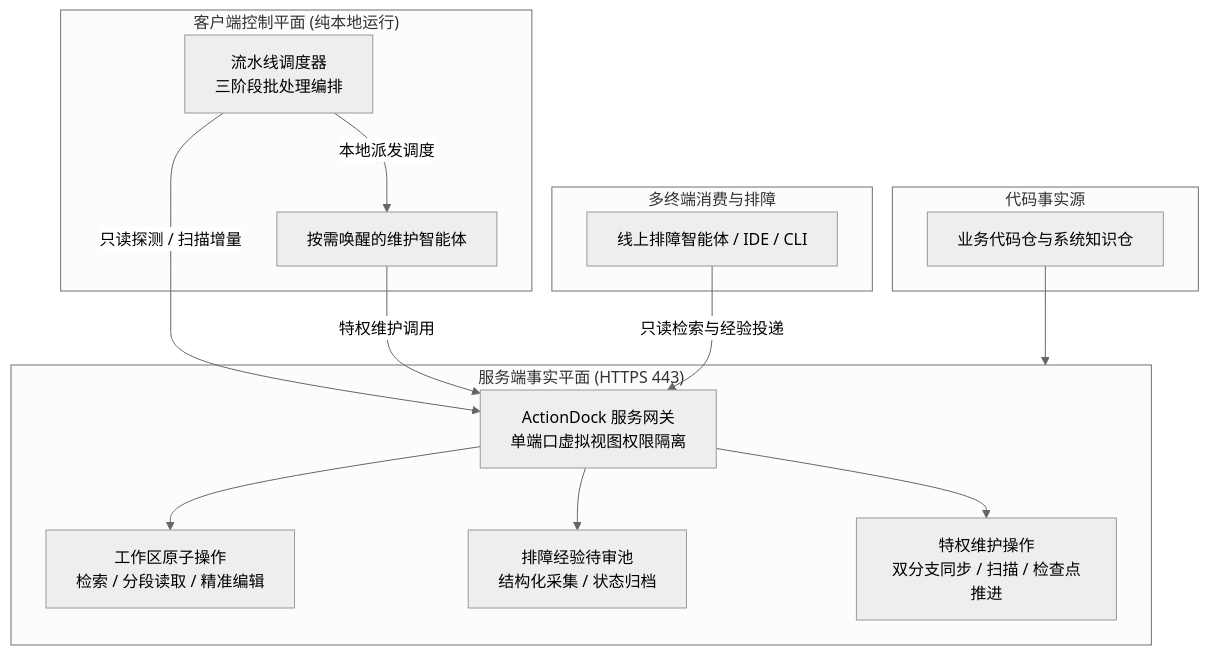
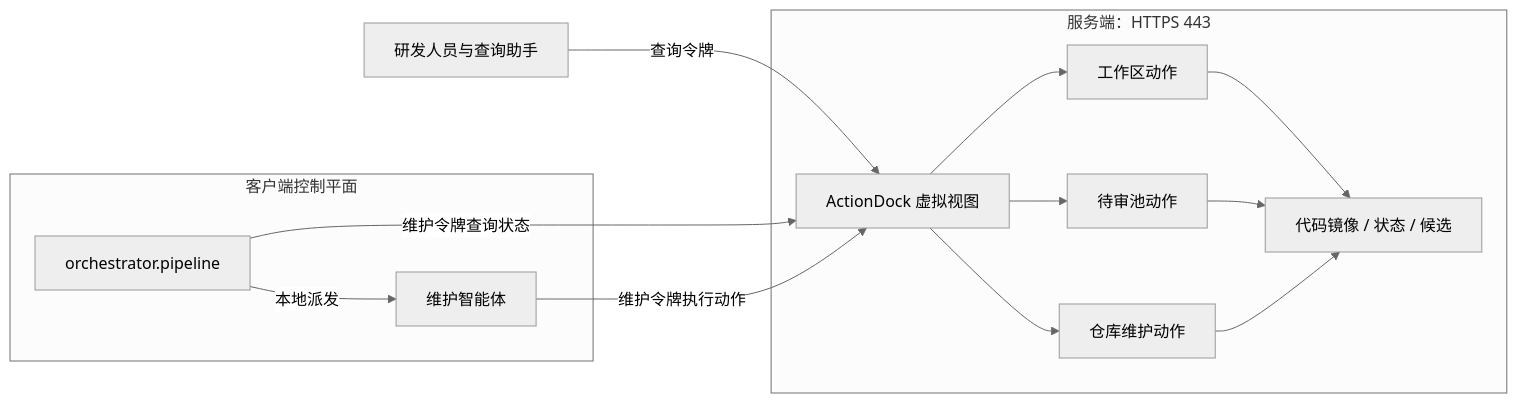
The diagram in docs/architecture.md (fjay/knowledge-dock), drawn with Mermaid (neutral theme) before and after one commit. The commit also changed other lines of this file and 17 other files, not shown here.

````diff
--- a/docs/architecture.md
+++ b/docs/architecture.md
@@ -33,31 +20,24 @@
 ```mermaid
-flowchart TD
-    subgraph GitSource ["代码事实源"]
-        Repo["业务代码仓与系统知识仓"]
+flowchart LR
+    subgraph Local["客户端控制平面"]
+      O["orchestrator.pipeline"]
+      A["维护智能体"]
     end
-
-    subgraph ServerPlane ["服务端事实平面 (HTTPS 443)"]
-        Gate["ActionDock 服务网关<br/>单端口虚拟视图权限隔离"]
-        WS["工作区原子操作<br/>检索 / 分段读取 / 精准编辑"]
-        IB["排障经验待审池<br/>结构化采集 / 状态归档"]
-        MT["特权维护操作<br/>双分支同步 / 扫描 / 检查点推进"]
+    subgraph Server["服务端：HTTPS 443"]
+      V["ActionDock 虚拟视图"]
+      W["工作区动作"]
+      I["待审池动作"]
+      M["仓库维护动作"]
+      S["代码镜像 / 状态 / 候选"]
     end
-
-    subgraph ClientPlane ["客户端控制平面 (纯本地运行)"]
-        Orchestrator["流水线调度器<br/>三阶段批处理编排"]
-        Worker["按需唤醒的维护智能体"]
-    end
-
-    subgraph ConsumerPlane ["多终端消费与排障"]
-        Reader["线上排障智能体 / IDE / CLI"]
-    end
-
-    Repo --> ServerPlane
-    Orchestrator -->|"只读探测 / 扫描增量"| Gate
-    Orchestrator -->|"本地派发调度"| Worker
-    Worker -->|"特权维护调用"| Gate
-    Gate --> WS
-    Gate --> IB
-    Gate --> MT
-    Reader -->|"只读检索与经验投递"| Gate
+    U["研发人员与查询助手"] -->|查询令牌| V
+    O -->|维护令牌查询状态| V
+    O -->|本地派发| A
+    A -->|维护令牌执行动作| V
+    V --> W
+    V --> I
+    V --> M
+    W --> S
+    I --> S
+    M --> S
 ```
````
